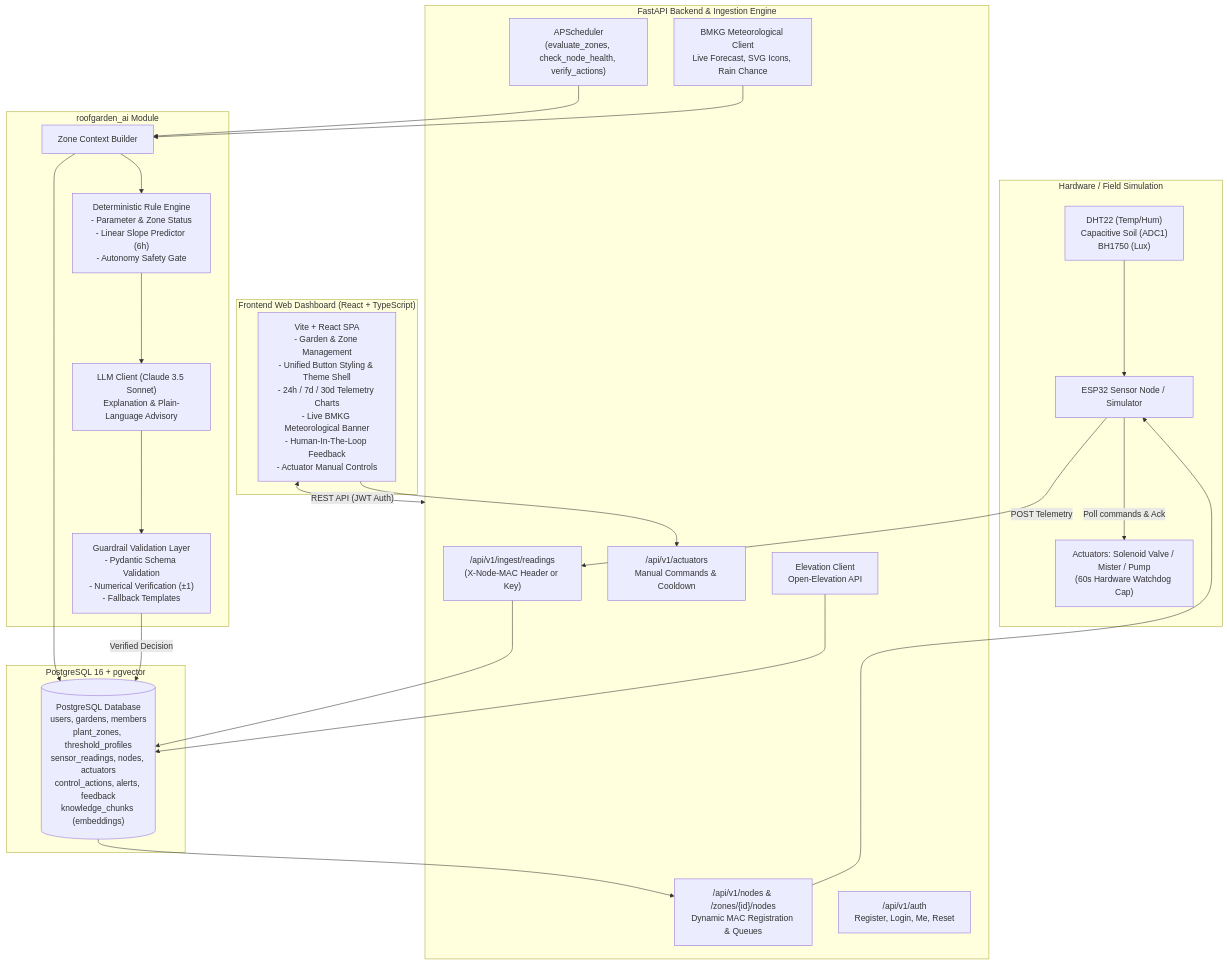
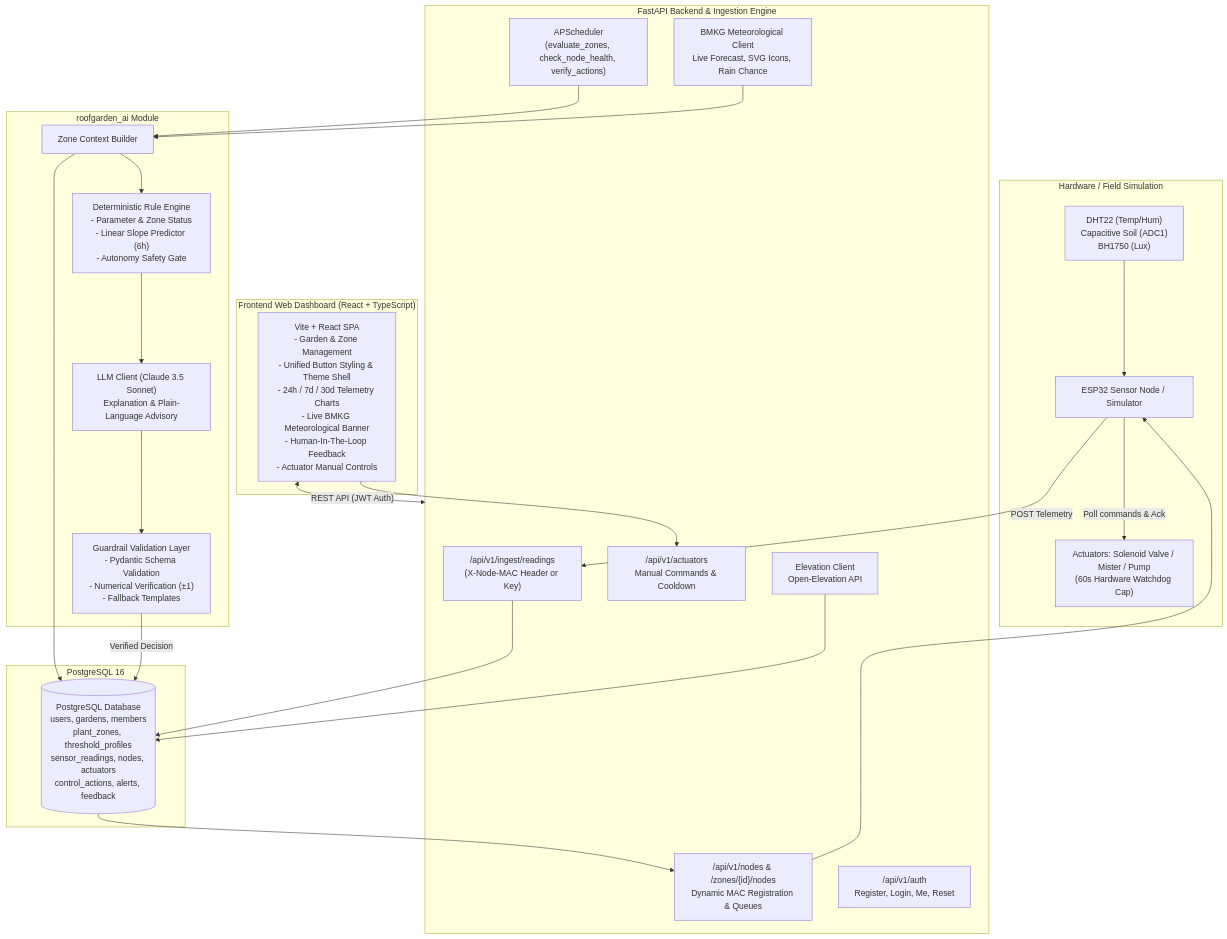
The diagram in README.md (lisamzhr/G7_RPLProject_Menara), drawn with Mermaid before and after one commit. The commit also changed 22 other files, not shown here.

````diff
--- a/README.md
+++ b/README.md
@@ -9,52 +9,52 @@
 ```mermaid
 flowchart TD
     subgraph Hardware ["Hardware / Field Simulation"]
         ESP32["ESP32 Sensor Node / Simulator"]
         Sensors["DHT22 (Temp/Hum)<br/>Capacitive Soil (ADC1)<br/>BH1750 (Lux)"]
         ActuatorsHardware["Actuators: Solenoid Valve / Mister / Pump<br/>(60s Hardware Watchdog Cap)"]
         Sensors --> ESP32
         ESP32 -->|Poll commands & Ack| ActuatorsHardware
     end
 
     subgraph Backend ["FastAPI Backend & Ingestion Engine"]
         IngestAPI["/api/v1/ingest/readings<br/>(X-Node-MAC Header or Key)"]
         ActuatorsAPI["/api/v1/actuators<br/>Manual Commands & Cooldown"]
         NodesAPI["/api/v1/nodes & /zones/{id}/nodes<br/>Dynamic MAC Registration & Queues"]
         AuthAPI["/api/v1/auth<br/>Register, Login, Me, Reset"]
         BMKG["BMKG Meteorological Client<br/>Live Forecast, SVG Icons, Rain Chance"]
         Elev["Elevation Client<br/>Open-Elevation API"]
         Scheduler["APScheduler<br/>(evaluate_zones, check_node_health, verify_actions)"]
     end
 
-    subgraph Storage ["PostgreSQL 16 + pgvector"]
-        DB[("PostgreSQL Database<br/>users, gardens, members<br/>plant_zones, threshold_profiles<br/>sensor_readings, nodes, actuators<br/>control_actions, alerts, feedback<br/>knowledge_chunks (embeddings)")]
+    subgraph Storage ["PostgreSQL 16"]
+        DB[("PostgreSQL Database<br/>users, gardens, members<br/>plant_zones, threshold_profiles<br/>sensor_readings, nodes, actuators<br/>control_actions, alerts, feedback")]
     end
 
     subgraph AI ["roofgarden_ai Module"]
         ContextBuilder["Zone Context Builder"]
         RuleEngine["Deterministic Rule Engine<br/>- Parameter & Zone Status<br/>- Linear Slope Predictor (6h)<br/>- Autonomy Safety Gate"]
         LLM["LLM Client (Claude 3.5 Sonnet)<br/>Explanation & Plain-Language Advisory"]
         Guardrails["Guardrail Validation Layer<br/>- Pydantic Schema Validation<br/>- Numerical Verification (±1)<br/>- Fallback Templates"]
     end
 
     subgraph Frontend ["Frontend Web Dashboard (React + TypeScript)"]
         ViteApp["Vite + React SPA<br/>- Garden & Zone Management<br/>- Unified Button Styling & Theme Shell<br/>- 24h / 7d / 30d Telemetry Charts<br/>- Live BMKG Meteorological Banner<br/>- Human-In-The-Loop Feedback<br/>- Actuator Manual Controls"]
     end
 
     ESP32 -->|POST Telemetry| IngestAPI
     IngestAPI --> DB
     Scheduler --> ContextBuilder
     ContextBuilder --> DB
     BMKG --> ContextBuilder
     Elev --> DB
 
     ContextBuilder --> RuleEngine
     RuleEngine --> LLM
     LLM --> Guardrails
     Guardrails -->|Verified Decision| DB
 
     DB --> NodesAPI
     NodesAPI --> ESP32
     ViteApp <-->|"REST API (JWT Auth)"| Backend
     ViteApp --> ActuatorsAPI
 ```
````
